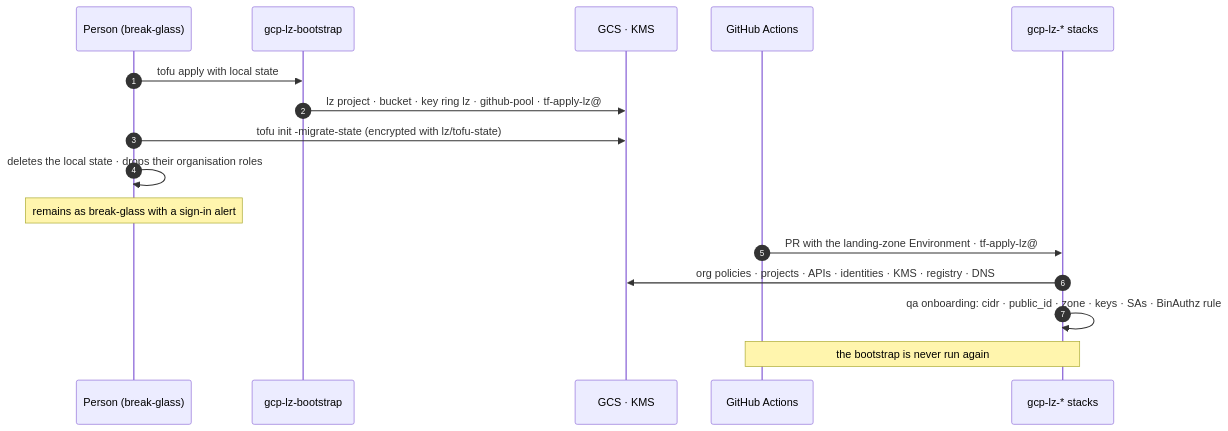
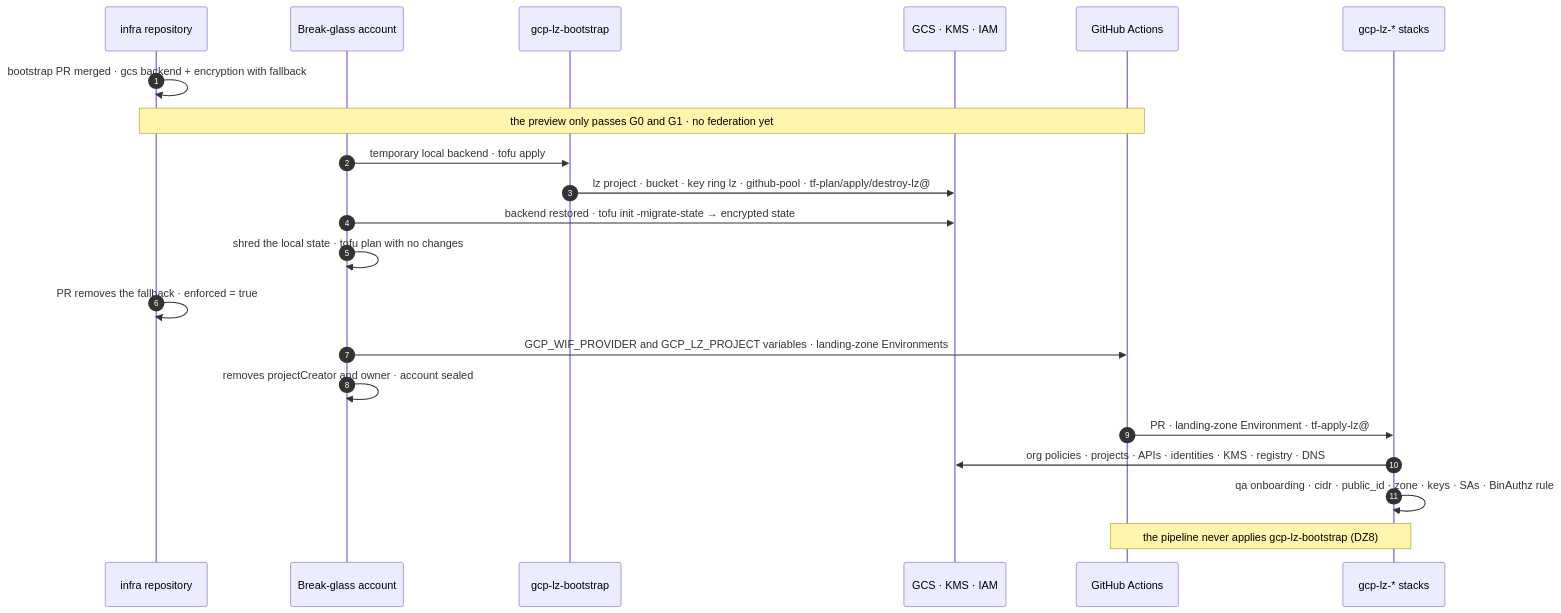
The diagram in docs/en/proposals/landing-zone-qa/diagrams/02-arranque.mmd (aescanero/proposal_documents), drawn with Mermaid before and after one commit. The commit also changed 7 other files, not shown here.

First line of the commit message:
landing-zone-qa rev. 3: the gcp-lz-bootstrap runbook, step by step (es and en)

```diff
--- a/docs/en/proposals/landing-zone-qa/diagrams/02-arranque.mmd
+++ b/docs/en/proposals/landing-zone-qa/diagrams/02-arranque.mmd
@@ -1,16 +1,21 @@
 sequenceDiagram
     autonumber
-    participant P as Person (break-glass)
+    participant R as infra repository
+    participant P as Break-glass account
     participant B as gcp-lz-bootstrap
-    participant G as GCS · KMS
+    participant G as GCS · KMS · IAM
     participant CI as GitHub Actions
     participant L as gcp-lz-* stacks
-    P->>B: tofu apply with local state
-    B->>G: lz project · bucket · key ring lz · github-pool · tf-apply-lz@
-    P->>G: tofu init -migrate-state (encrypted with lz/tofu-state)
-    P->>P: deletes the local state · drops their organisation roles
-    Note over P: remains as break-glass with a sign-in alert
-    CI->>L: PR with the landing-zone Environment · tf-apply-lz@
+    R->>R: bootstrap PR merged · gcs backend + encryption with fallback
+    Note over R,CI: the preview only passes G0 and G1 · no federation yet
+    P->>B: temporary local backend · tofu apply
+    B->>G: lz project · bucket · key ring lz · github-pool · tf-plan/apply/destroy-lz@
+    P->>G: backend restored · tofu init -migrate-state → encrypted state
+    P->>P: shred the local state · tofu plan with no changes
+    R->>R: PR removes the fallback · enforced = true
+    P->>CI: GCP_WIF_PROVIDER and GCP_LZ_PROJECT variables · landing-zone Environments
+    P->>P: removes projectCreator and owner · account sealed
+    CI->>L: PR · landing-zone Environment · tf-apply-lz@
     L->>G: org policies · projects · APIs · identities · KMS · registry · DNS
-    L->>L: qa onboarding: cidr · public_id · zone · keys · SAs · BinAuthz rule
-    Note over CI,L: the bootstrap is never run again
+    L->>L: qa onboarding · cidr · public_id · zone · keys · SAs · BinAuthz rule
+    Note over CI,L: the pipeline never applies gcp-lz-bootstrap (DZ8)
```
